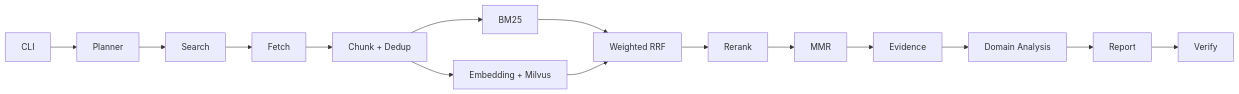
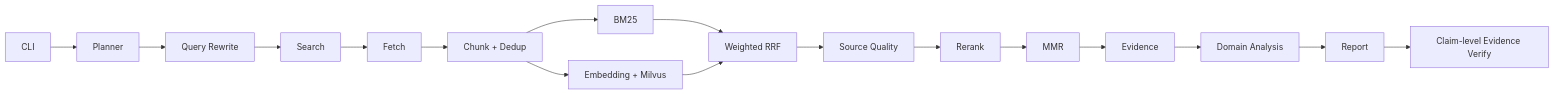
One commit to yzy1147770433/rec-researcher changed the diagram in README.md. Above: the diagram before and after it, drawn with Mermaid. The commit also changed other lines of this file and 29 other files, not shown here.

Commit message:
feat: improve retrieval quality and evidence verification

````diff
--- a/README.md
+++ b/README.md
@@ -39,17 +40,19 @@
 ```mermaid
 flowchart LR
     CLI[CLI] --> Planner[Planner]
-    Planner --> Search[Search]
+    Planner --> Rewrite[Query Rewrite]
+    Rewrite --> Search[Search]
     Search --> Fetch[Fetch]
     Fetch --> Chunk[Chunk + Dedup]
     Chunk --> BM25[BM25]
     Chunk --> Dense[Embedding + Milvus]
     BM25 --> RRF[Weighted RRF]
     Dense --> RRF
-    RRF --> Rerank[Rerank]
+    RRF --> Quality[Source Quality]
+    Quality --> Rerank[Rerank]
     Rerank --> MMR[MMR]
     MMR --> Evidence[Evidence]
     Evidence --> Domain[Domain Analysis]
     Domain --> Report[Report]
-    Report --> Verify[Verify]
+    Report --> Verify[Claim-level Evidence Verify]
 ```
````
